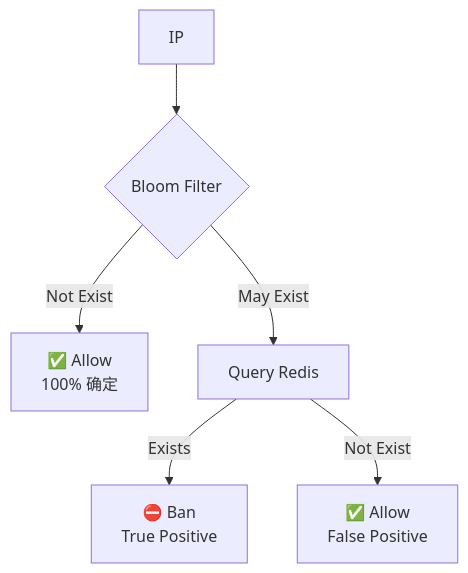
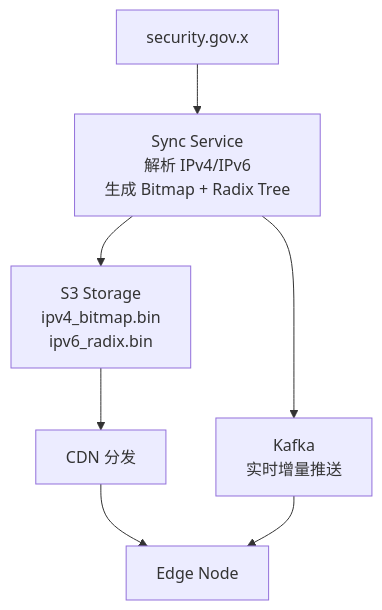
One commit to jpixy/jpixy.github.io changed the third of 4 diagrams in content/articles/system-design/sd-14-IP封禁系统设计.md. Above: the diagram before and after it, drawn with Mermaid. The commit also changed other lines of this file, not shown here.

First line of the commit message:
fix: convert only wide ASCII diagrams to Mermaid

````diff
--- a/content/articles/system-design/sd-14-IP封禁系统设计.md
+++ b/content/articles/system-design/sd-14-IP封禁系统设计.md
@@ -335,8 +301,9 @@
 ```mermaid
 graph TD
-    A[IP] --> B{Bloom Filter}
-    B -->|Not Exist| C[✅ Allow<br/>100% 确定]
-    B -->|May Exist| D[Query Redis]
-    D -->|Exists| E[⛔ Ban<br/>True Positive]
-    D -->|Not Exist| F[✅ Allow<br/>False Positive]
+    A[security.gov.x] --> B[Sync Service<br/>解析 IPv4/IPv6<br/>生成 Bitmap + Radix Tree]
+    B --> C[S3 Storage<br/>ipv4_bitmap.bin<br/>ipv6_radix.bin]
+    B --> D[Kafka<br/>实时增量推送]
+    C --> E[CDN 分发]
+    E --> F[Edge Node]
+    D --> F
 ```
````
